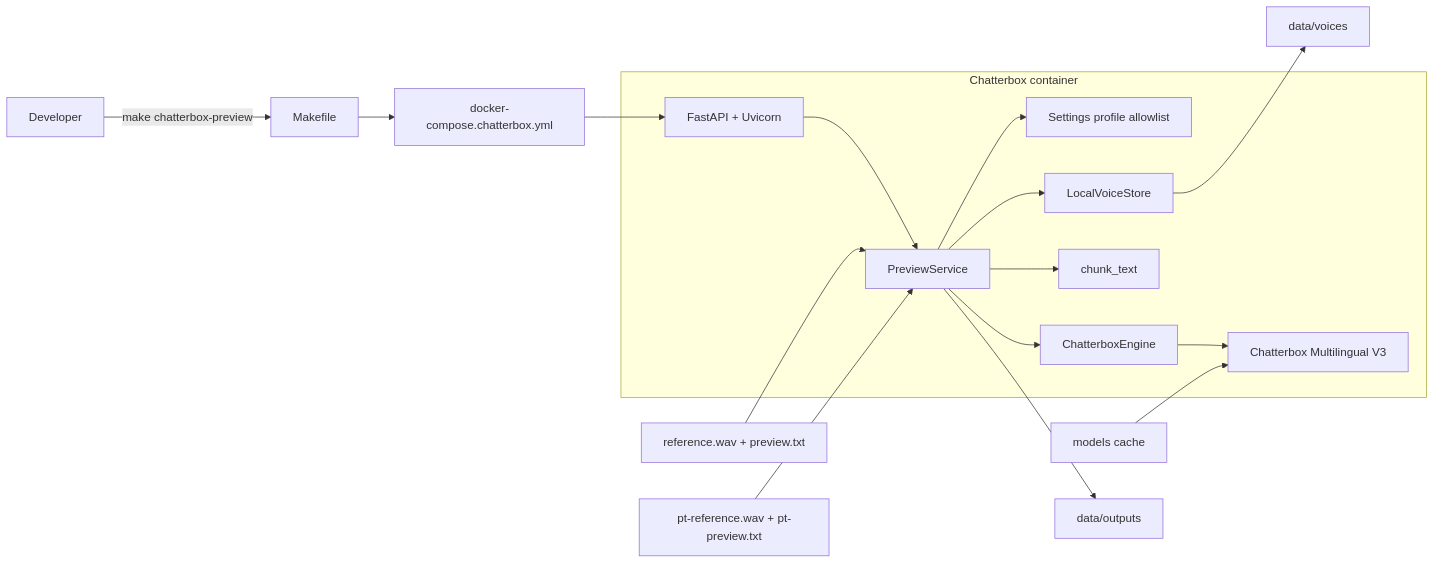
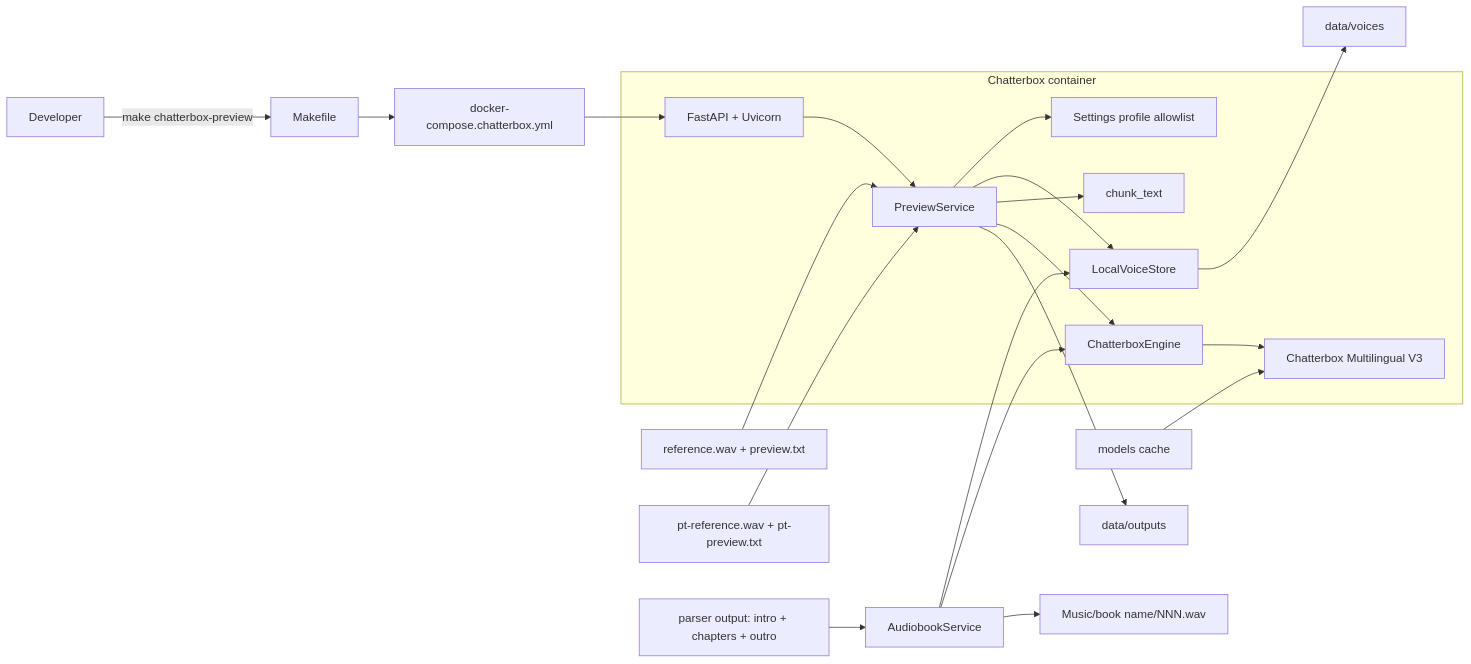
The first of 3 diagrams in services/ChatterboxTtsService/README.md (FabioRNobrega/book-notes-ia), drawn with Mermaid before and after one commit. The commit also changed other lines of this file and 23 other files, not shown here.

Commit message:
feat(audiobook): add full book generation command

````diff
--- a/services/ChatterboxTtsService/README.md
+++ b/services/ChatterboxTtsService/README.md
@@ -43,21 +45,25 @@
 ```mermaid
 flowchart LR
     Developer[Developer] -->|make chatterbox-preview| Make[Makefile]
     Make --> Compose[docker-compose.chatterbox.yml]
     Compose --> API[FastAPI + Uvicorn]
 
     subgraph Chatterbox container
         API --> Preview[PreviewService]
         Preview --> Profiles[Settings profile allowlist]
         Preview --> Store[LocalVoiceStore]
         Preview --> Chunker[chunk_text]
         Preview --> Engine[ChatterboxEngine]
         Engine --> Model[Chatterbox Multilingual V3]
     end
 
     English[reference.wav + preview.txt] --> Preview
     Portuguese[pt-reference.wav + pt-preview.txt] --> Preview
     Store --> Voices[data/voices]
     Preview --> Outputs[data/outputs]
+    Books[parser output: intro + chapters + outro] --> Batch[AudiobookService]
+    Batch --> Store
+    Batch --> Engine
+    Batch --> Music[Music/book name/NNN.wav]
     Cache[models cache] --> Model
 ```
````
